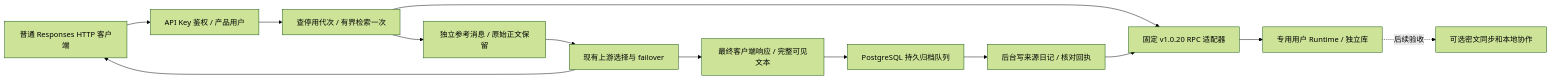
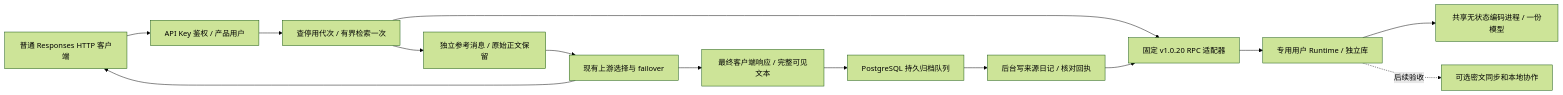
One commit to Atanycosts/sub2api-customizations changed the diagram in docs/RESPIRE_INTEGRATION_PLAN.md. Above: the diagram before and after it, drawn with Mermaid (forest theme). The commit also changed other lines of this file and 8 other files, not shown here.

````diff
--- a/docs/RESPIRE_INTEGRATION_PLAN.md
+++ b/docs/RESPIRE_INTEGRATION_PLAN.md
@@ -13,15 +17,16 @@
 ```mermaid
 flowchart LR
     Client[普通 Responses HTTP 客户端] --> Auth[API Key 鉴权 / 产品用户]
     Auth --> Recall[查停用代次 / 有界检索一次]
     Recall --> Inject[独立参考消息 / 原始正文保留]
     Inject --> Forward[现有上游选择与 failover]
     Forward --> Client
     Forward --> Capture[最终客户端响应 / 完整可见文本]
     Capture --> Queue[PostgreSQL 持久归档队列]
     Queue --> Worker[后台写来源日记 / 核对回执]
     Recall --> Adapter[固定 v1.0.20 RPC 适配器]
     Worker --> Adapter
     Adapter --> Runtime[专用用户 Runtime / 独立库]
+    Runtime --> Encoder[共享无状态编码进程 / 一份模型]
     Runtime -. 后续验收 .-> Sync[可选密文同步和本地协作]
 ```
````
